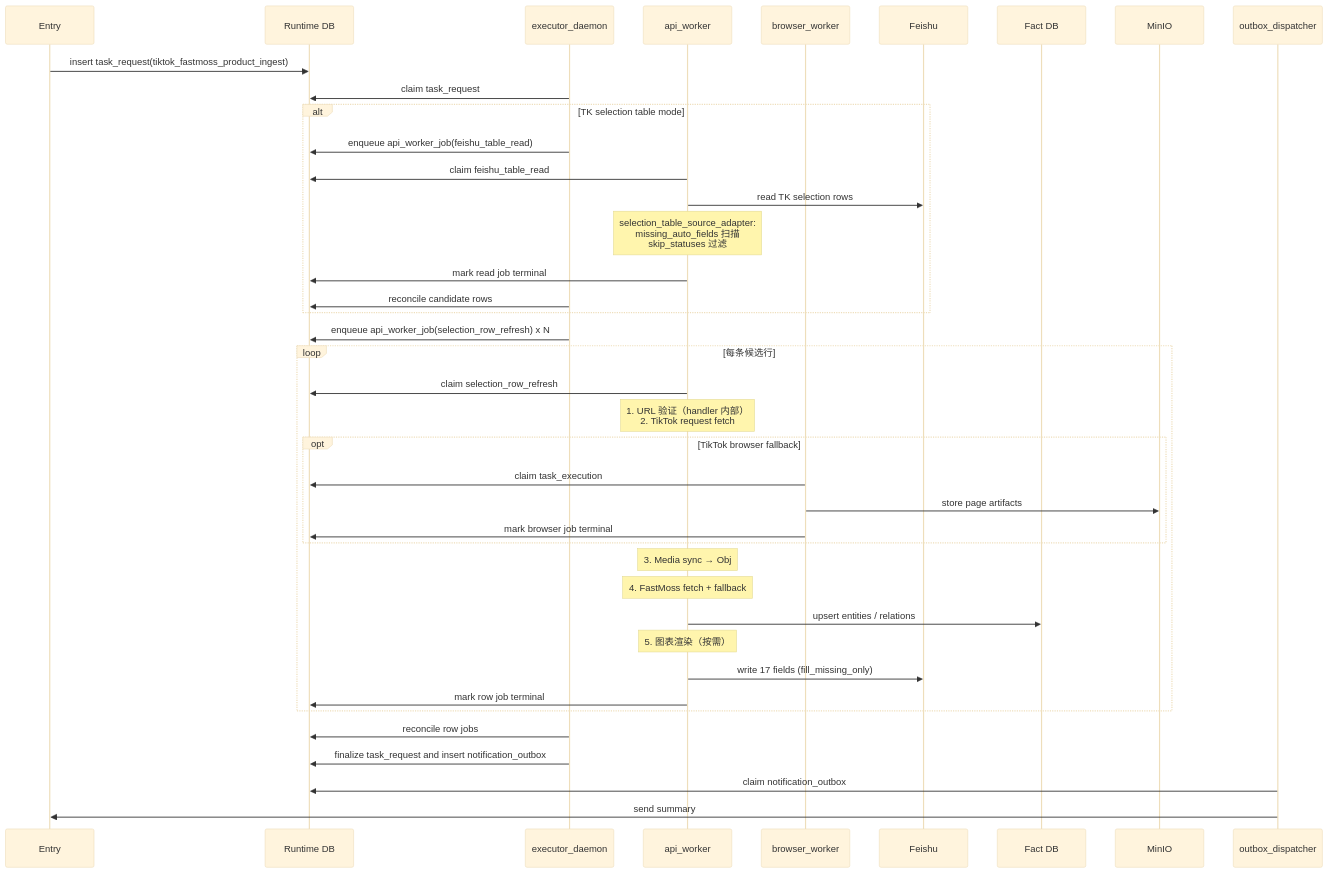
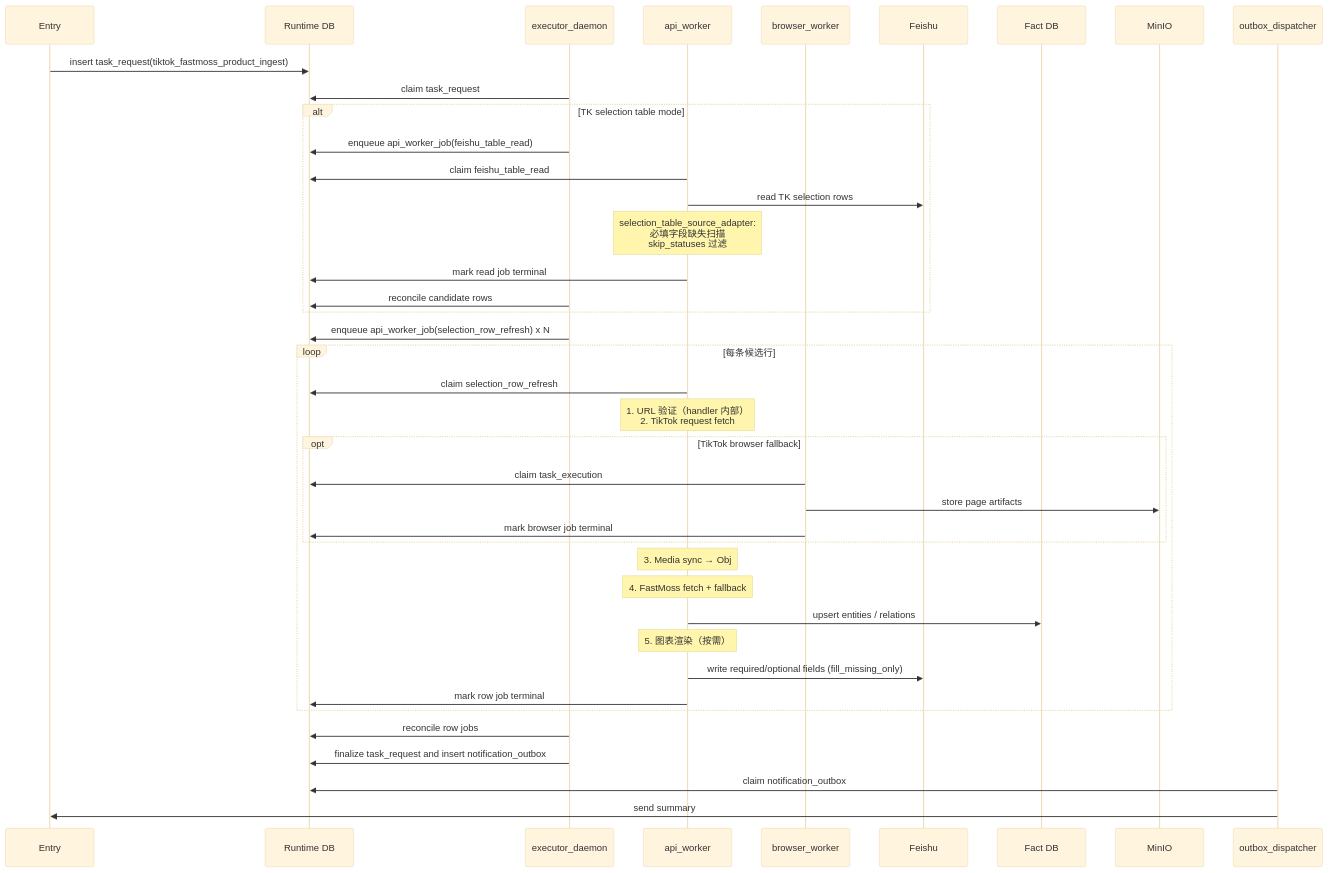
The third of 4 diagrams in docs/arch/workflow-selection-table-expand-design.md (knighterrantsky/mujitask), drawn with Mermaid (base theme) before and after one commit. The commit also changed other lines of this file and 39 other files, not shown here.

````diff
--- a/docs/arch/workflow-selection-table-expand-design.md
+++ b/docs/arch/workflow-selection-table-expand-design.md
@@ -176,46 +176,46 @@
 ```mermaid
 sequenceDiagram
     participant Entry as Entry
     participant DB as Runtime DB
     participant Exec as executor_daemon
     participant API as api_worker
     participant Browser as browser_worker
     participant Feishu as Feishu
     participant Fact as Fact DB
     participant Obj as MinIO
     participant Outbox as outbox_dispatcher
 
     Entry->>DB: insert task_request(tiktok_fastmoss_product_ingest)
     Exec->>DB: claim task_request
 
     alt TK selection table mode
         Exec->>DB: enqueue api_worker_job(feishu_table_read)
         API->>DB: claim feishu_table_read
         API->>Feishu: read TK selection rows
-        Note over API: selection_table_source_adapter:<br/>missing_auto_fields 扫描<br/>skip_statuses 过滤
+        Note over API: selection_table_source_adapter:<br/>必填字段缺失扫描<br/>skip_statuses 过滤
         API->>DB: mark read job terminal
         Exec->>DB: reconcile candidate rows
     end
 
     Exec->>DB: enqueue api_worker_job(selection_row_refresh) x N
     loop 每条候选行
         API->>DB: claim selection_row_refresh
         Note over API: 1. URL 验证（handler 内部）<br/>2. TikTok request fetch
         opt TikTok browser fallback
             Browser->>DB: claim task_execution
             Browser->>Obj: store page artifacts
             Browser->>DB: mark browser job terminal
         end
         Note over API: 3. Media sync → Obj
         Note over API: 4. FastMoss fetch + fallback
         API->>Fact: upsert entities / relations
         Note over API: 5. 图表渲染（按需）
-        API->>Feishu: write 17 fields (fill_missing_only)
+        API->>Feishu: write required/optional fields (fill_missing_only)
         API->>DB: mark row job terminal
     end
 
     Exec->>DB: reconcile row jobs
     Exec->>DB: finalize task_request and insert notification_outbox
     Outbox->>DB: claim notification_outbox
     Outbox->>Entry: send summary
 ```
````
